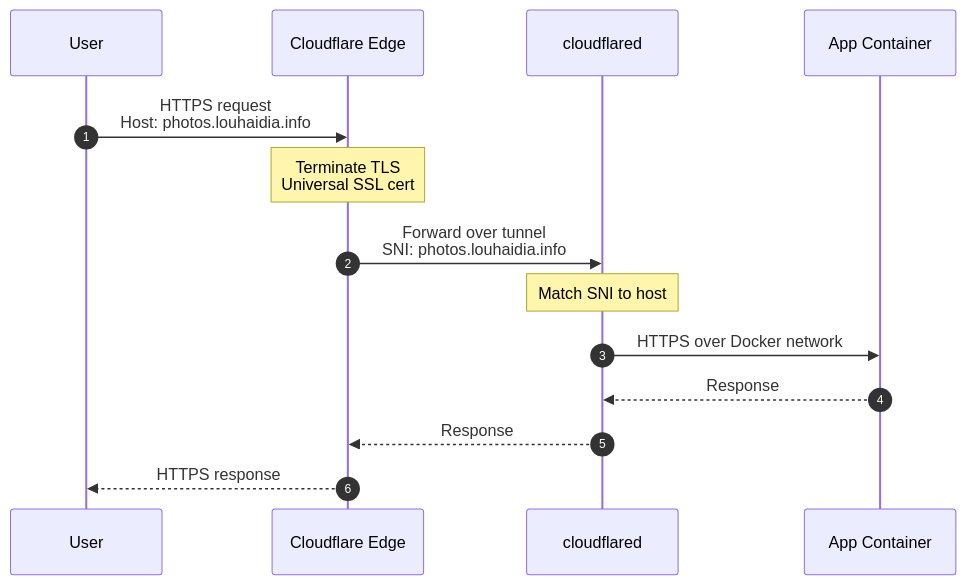
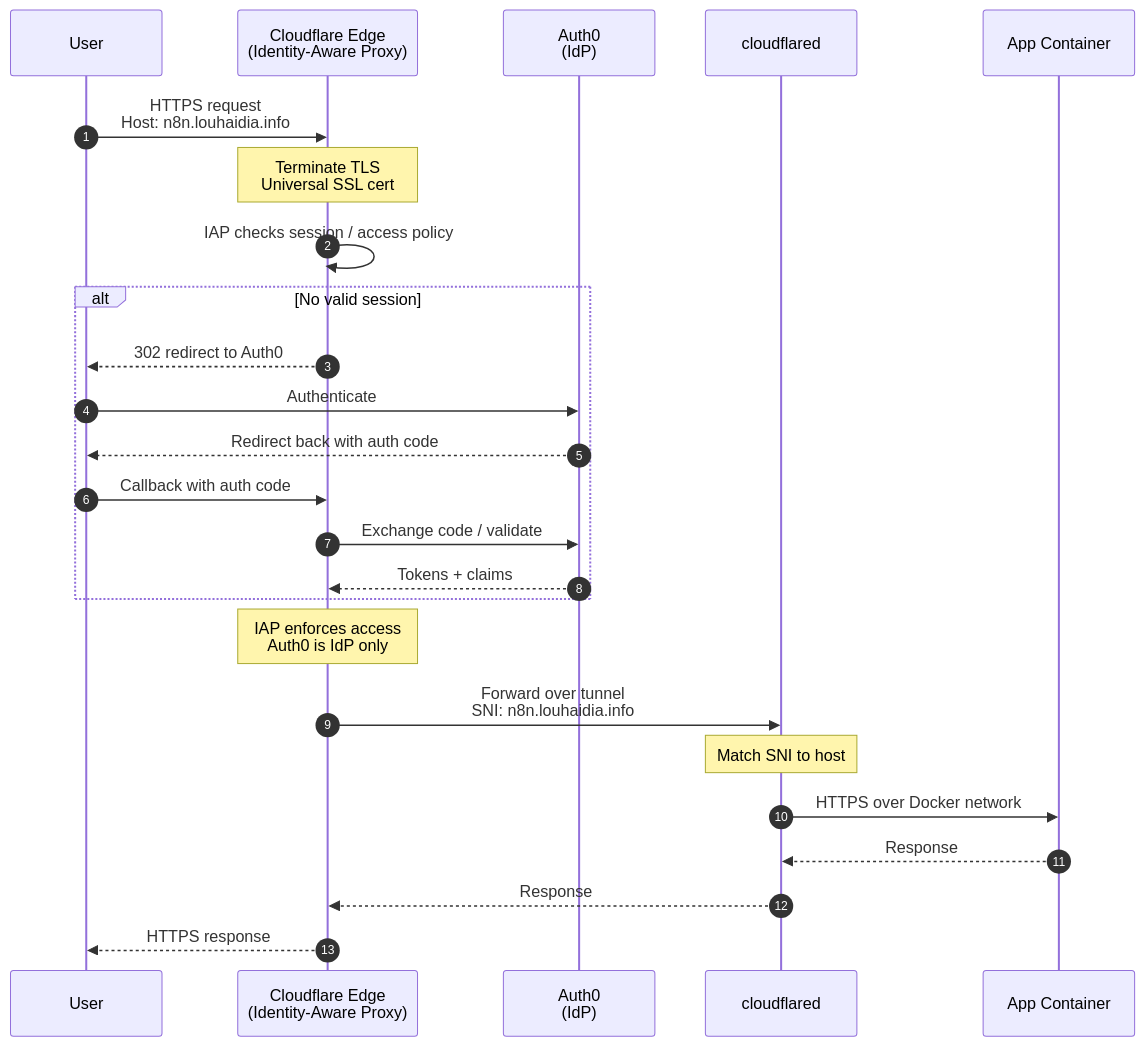
One commit to mota-lhd/blog changed the second of 5 diagrams in frontend/src/content/posts/tech-blog-02.md. Above: the diagram before and after it, drawn with Mermaid. The commit also changed other lines of this file and 1 other file, not shown here.

````diff
--- a/frontend/src/content/posts/tech-blog-02.md
+++ b/frontend/src/content/posts/tech-blog-02.md
@@ -101,17 +104,30 @@
 ```mermaid
 sequenceDiagram
     autonumber
     participant U as User
-    participant CF as Cloudflare Edge
+    participant CF as Cloudflare Edge<br/>(Identity-Aware Proxy)
+    participant Auth0 as Auth0<br/>(IdP)
     participant CFD as cloudflared
     participant App as App Container
 
-    U->>CF: HTTPS request<br/>Host: photos.louhaidia.info
+    U->>CF: HTTPS request<br/>Host: n8n.louhaidia.info
     Note over CF: Terminate TLS<br/>Universal SSL cert
-    CF->>CFD: Forward over tunnel<br/>SNI: photos.louhaidia.info
+    CF->>CF: IAP checks session / access policy
+
+    alt No valid session
+        CF-->>U: 302 redirect to Auth0
+        U->>Auth0: Authenticate
+        Auth0-->>U: Redirect back with auth code
+        U->>CF: Callback with auth code
+        CF->>Auth0: Exchange code / validate
+        Auth0-->>CF: Tokens + claims
+    end
+
+    Note over CF: IAP enforces access<br/>Auth0 is IdP only
+    CF->>CFD: Forward over tunnel<br/>SNI: n8n.louhaidia.info
     Note over CFD: Match SNI to host
     CFD->>App: HTTPS over Docker network
     App-->>CFD: Response
     CFD-->>CF: Response
     CF-->>U: HTTPS response
 ```
````
